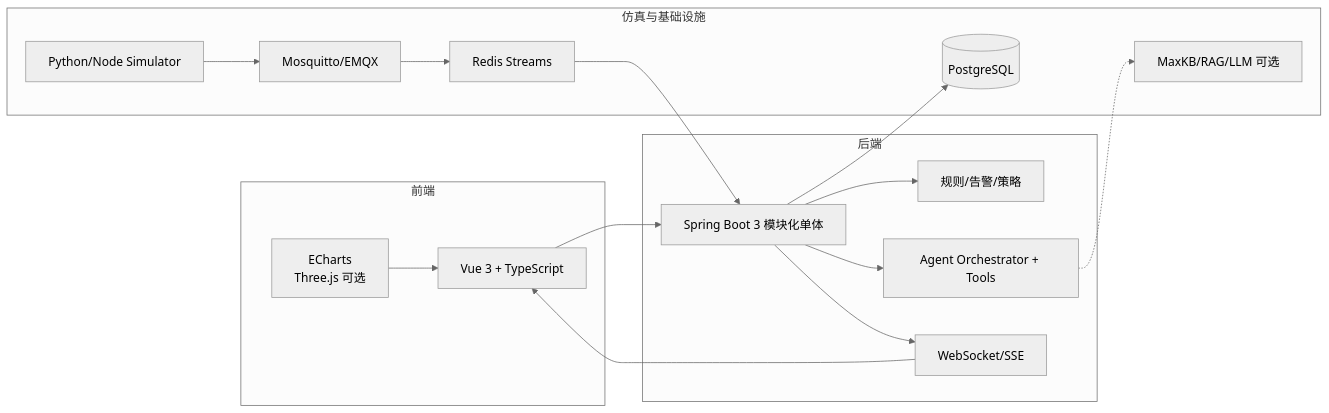
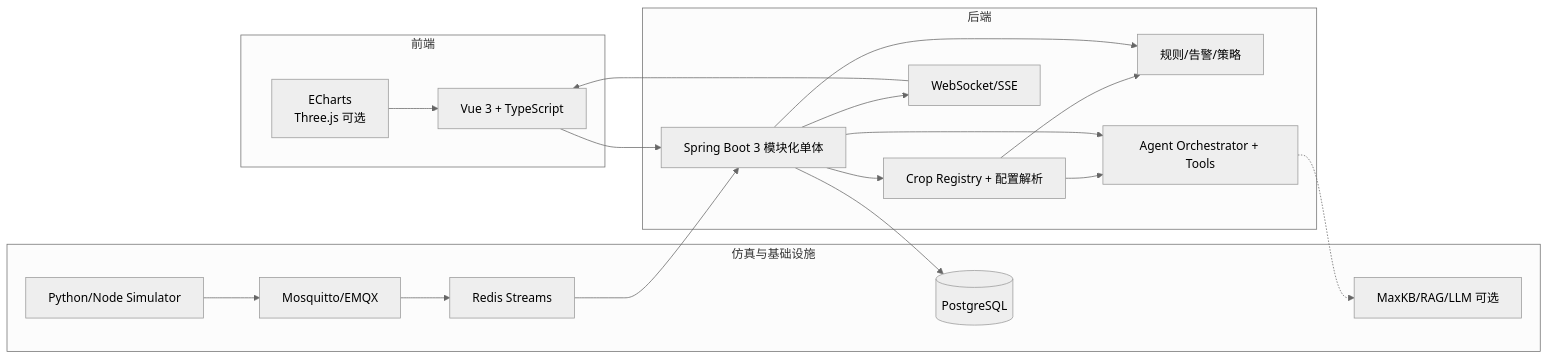
One commit to FlowerNeverFade/smart-agriculture changed the second of 3 diagrams in README.md. Above: the diagram before and after it, drawn with Mermaid (neutral theme). The commit also changed other lines of this file and 4 other files, not shown here.

````diff
--- a/README.md
+++ b/README.md
@@ -91,29 +96,33 @@
 ```mermaid
 flowchart LR
     subgraph Frontend[前端]
       WEB[Vue 3 + TypeScript]
       CHART[ECharts\nThree.js 可选]
     end
     subgraph Backend[后端]
       API[Spring Boot 3 模块化单体]
+      CROP[Crop Registry + 配置解析]
       RULE[规则/告警/策略]
       AGENT[Agent Orchestrator + Tools]
       PUSH[WebSocket/SSE]
     end
     subgraph Infra[仿真与基础设施]
       SIM[Python/Node Simulator]
       MQTT[Mosquitto/EMQX]
       STREAM[Redis Streams]
       PG[(PostgreSQL)]
       KB[MaxKB/RAG/LLM 可选]
     end
     WEB --> API
     CHART --> WEB
+    API --> CROP
+    CROP --> RULE
+    CROP --> AGENT
     API --> RULE
     API --> AGENT
     API --> PUSH
     SIM --> MQTT --> STREAM --> API
     API --> PG
     AGENT -.-> KB
     PUSH --> WEB
 ```
````
